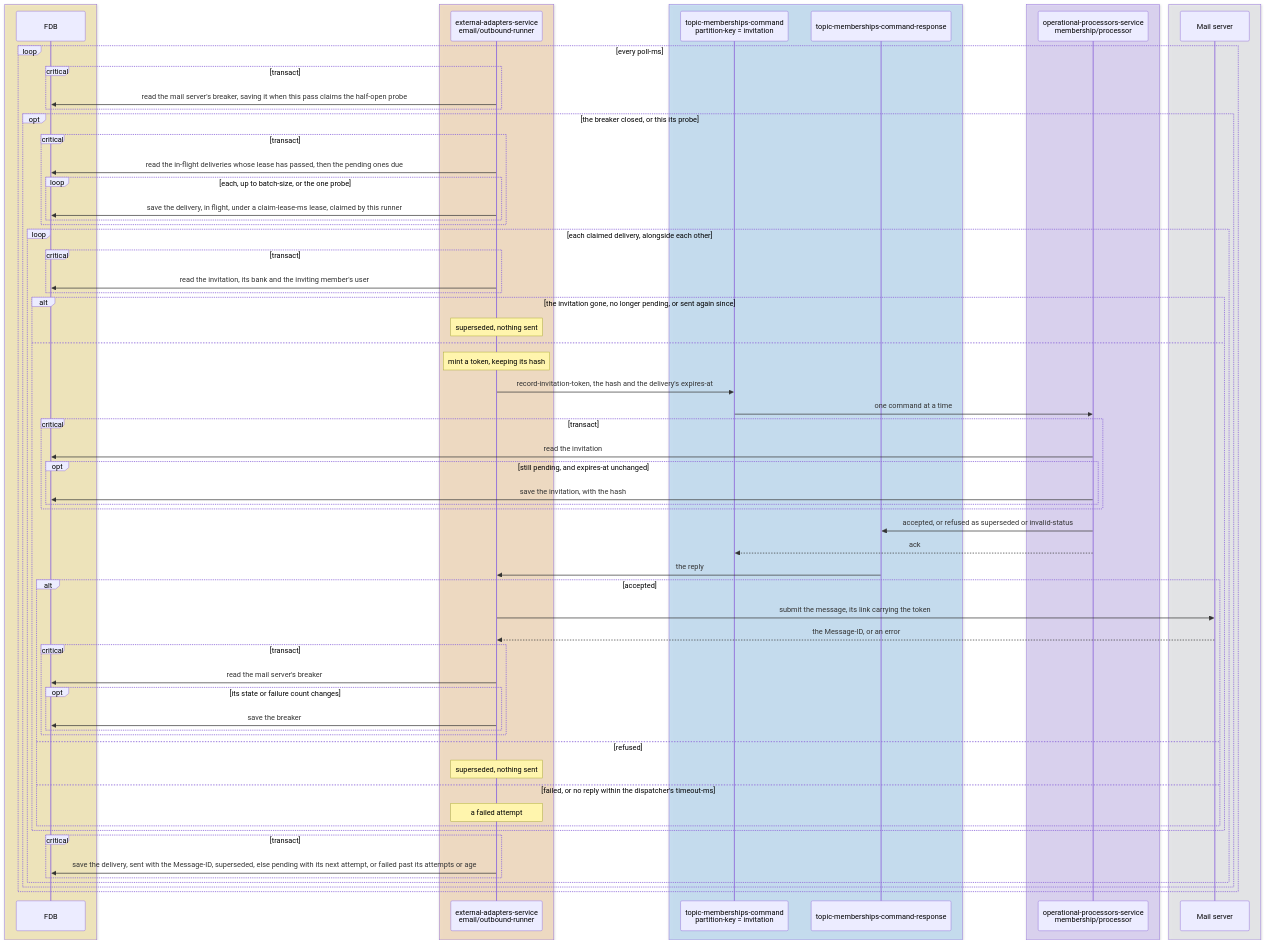
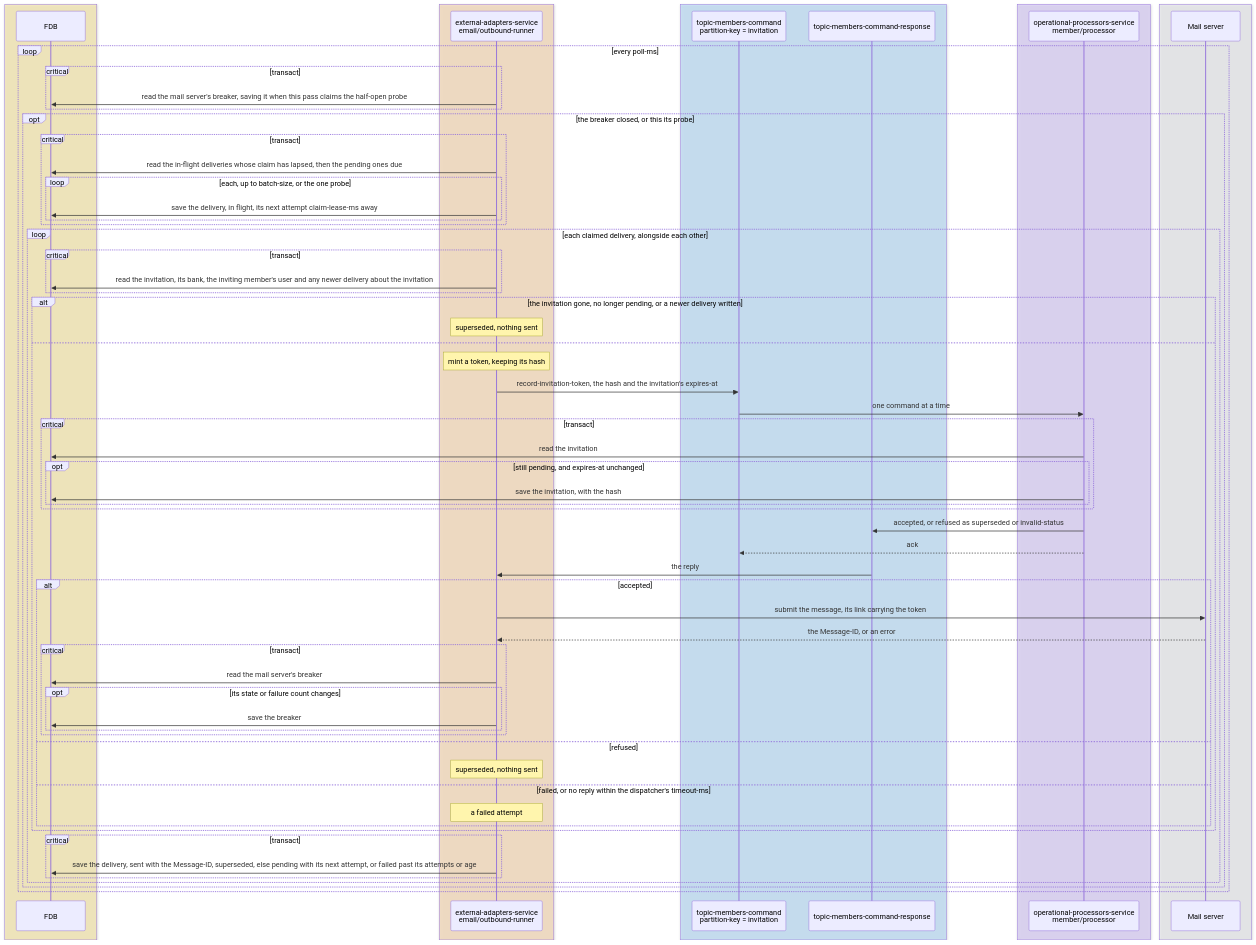
One commit to repldriven/queenswood changed the third of 3 diagrams in docs/tdd/outbound-email.md. Above: the diagram before and after it, drawn with Mermaid. The commit also changed other lines of this file and 1030 other files, not shown here.

````diff
--- a/docs/tdd/outbound-email.md
+++ b/docs/tdd/outbound-email.md
@@ -139,70 +139,70 @@
 ```mermaid
 sequenceDiagram
     box rgba(255, 236, 153, 0.5)
     participant DB as FDB
     end
     box rgba(255, 216, 168, 0.5)
     participant ER as external-adapters-service<br/>email/outbound-runner
     end
     box rgba(165, 216, 255, 0.45)
-    participant MC as topic-memberships-command<br/>partition-key = invitation
-    participant MR as topic-memberships-command-response
+    participant MC as topic-members-command<br/>partition-key = invitation
+    participant MR as topic-members-command-response
     end
     box rgba(208, 191, 255, 0.45)
-    participant MP as operational-processors-service<br/>membership/processor
+    participant MP as operational-processors-service<br/>member/processor
     end
     box rgba(233, 236, 239, 0.5)
     participant X as Mail server
     end
     loop every poll-ms
     critical transact
     ER->>DB: read the mail server's breaker, saving it when this pass claims the half-open probe
     end
     opt the breaker closed, or this its probe
     critical transact
-    ER->>DB: read the in-flight deliveries whose lease has passed, then the pending ones due
+    ER->>DB: read the in-flight deliveries whose claim has lapsed, then the pending ones due
     loop each, up to batch-size, or the one probe
-    ER->>DB: save the delivery, in flight, under a claim-lease-ms lease, claimed by this runner
+    ER->>DB: save the delivery, in flight, its next attempt claim-lease-ms away
     end
     end
     loop each claimed delivery, alongside each other
     critical transact
-    ER->>DB: read the invitation, its bank and the inviting member's user
+    ER->>DB: read the invitation, its bank, the inviting member's user and any newer delivery about the invitation
     end
-    alt the invitation gone, no longer pending, or sent again since
+    alt the invitation gone, no longer pending, or a newer delivery written
     Note over ER: superseded, nothing sent
     else
     Note over ER: mint a token, keeping its hash
-    ER->>MC: record-invitation-token, the hash and the delivery's expires-at
+    ER->>MC: record-invitation-token, the hash and the invitation's expires-at
     MC->>MP: one command at a time
     critical transact
     MP->>DB: read the invitation
     opt still pending, and expires-at unchanged
     MP->>DB: save the invitation, with the hash
     end
     end
     MP->>MR: accepted, or refused as superseded or invalid-status
     MP-->>MC: ack
     MR->>ER: the reply
     alt accepted
     ER->>X: submit the message, its link carrying the token
     X-->>ER: the Message-ID, or an error
     critical transact
     ER->>DB: read the mail server's breaker
     opt its state or failure count changes
     ER->>DB: save the breaker
     end
     end
     else refused
     Note over ER: superseded, nothing sent
     else failed, or no reply within the dispatcher's timeout-ms
     Note over ER: a failed attempt
     end
     end
     critical transact
     ER->>DB: save the delivery, sent with the Message-ID, superseded, else pending with its next attempt, or failed past its attempts or age
     end
     end
     end
     end
 ```
````
